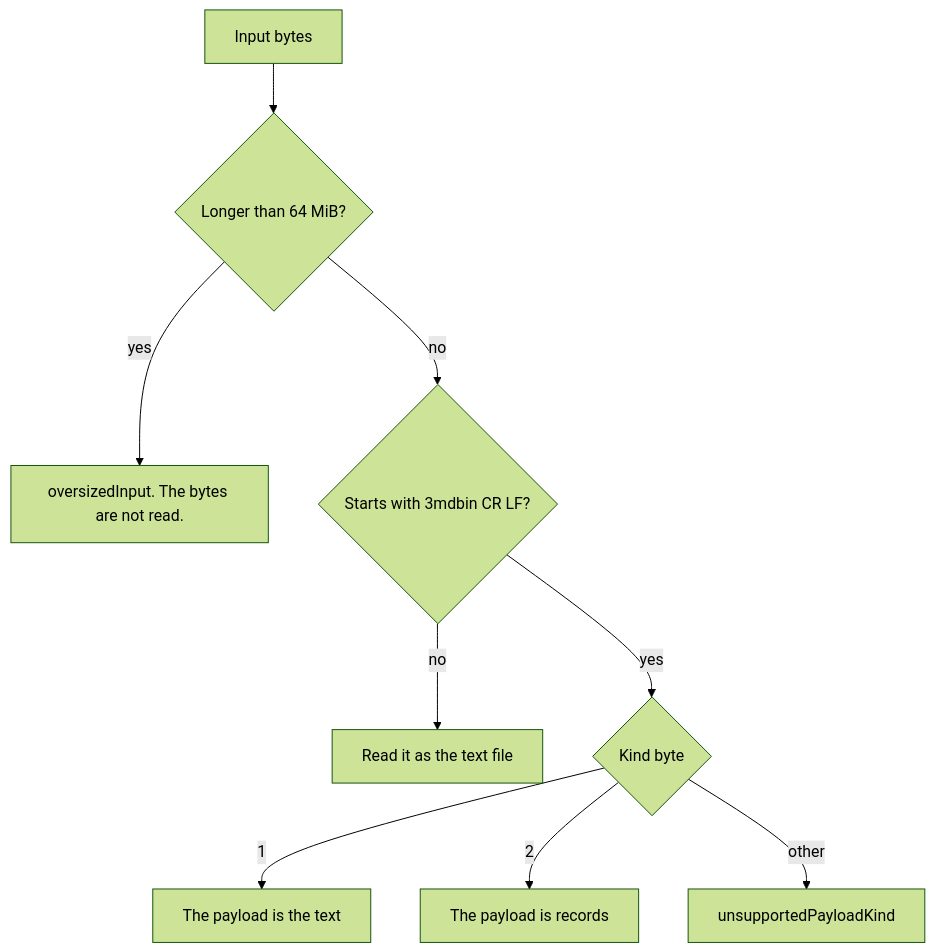
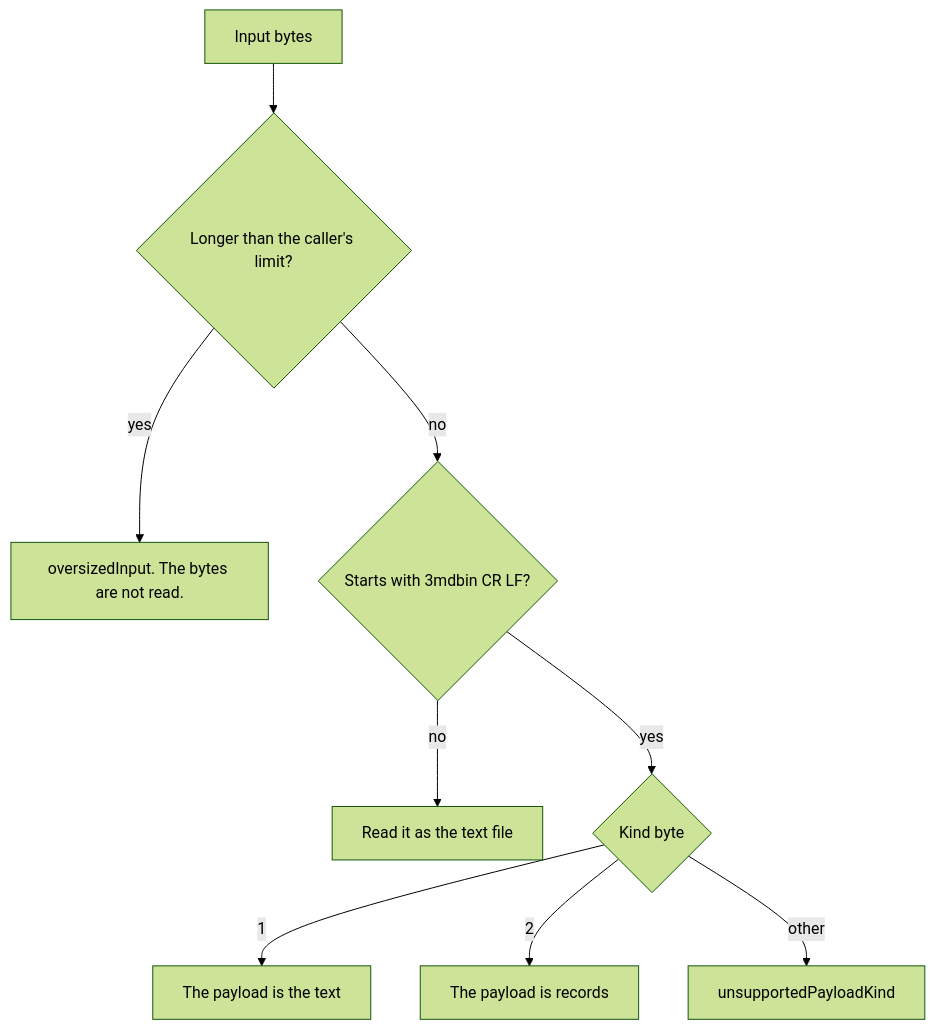
One commit to CorvidLabs/3md changed the second of 2 diagrams in README.md. Above: the diagram before and after it, drawn with Mermaid (forest theme). The commit also changed other lines of this file and 46 other files, not shown here.

````diff
--- a/README.md
+++ b/README.md
@@ -140,11 +142,11 @@
 ```mermaid
 flowchart TD
-  bytes[Input bytes] --> length{Longer than 64 MiB?}
+  bytes[Input bytes] --> length{Longer than the caller's limit?}
   length -->|yes| refused["oversizedInput. The bytes are not read."]
   length -->|no| magic{Starts with 3mdbin CR LF?}
   magic -->|no| asText[Read it as the text file]
   magic -->|yes| kind{Kind byte}
   kind -->|1| asKind1[The payload is the text]
   kind -->|2| asKind2[The payload is records]
   kind -->|other| bad[unsupportedPayloadKind]
 ```
````
